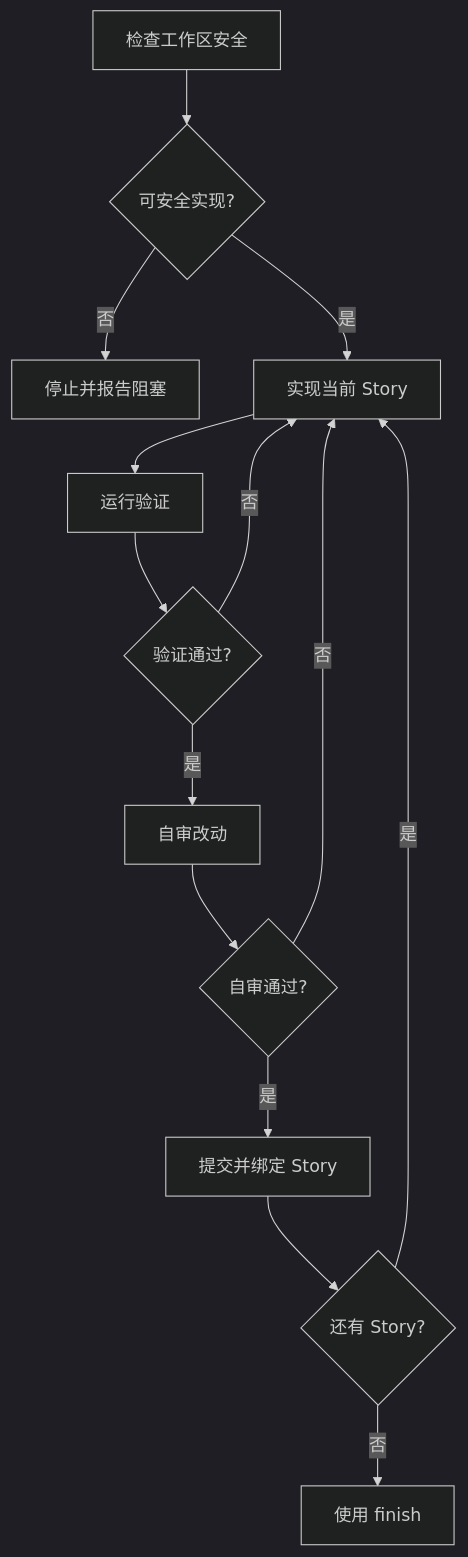
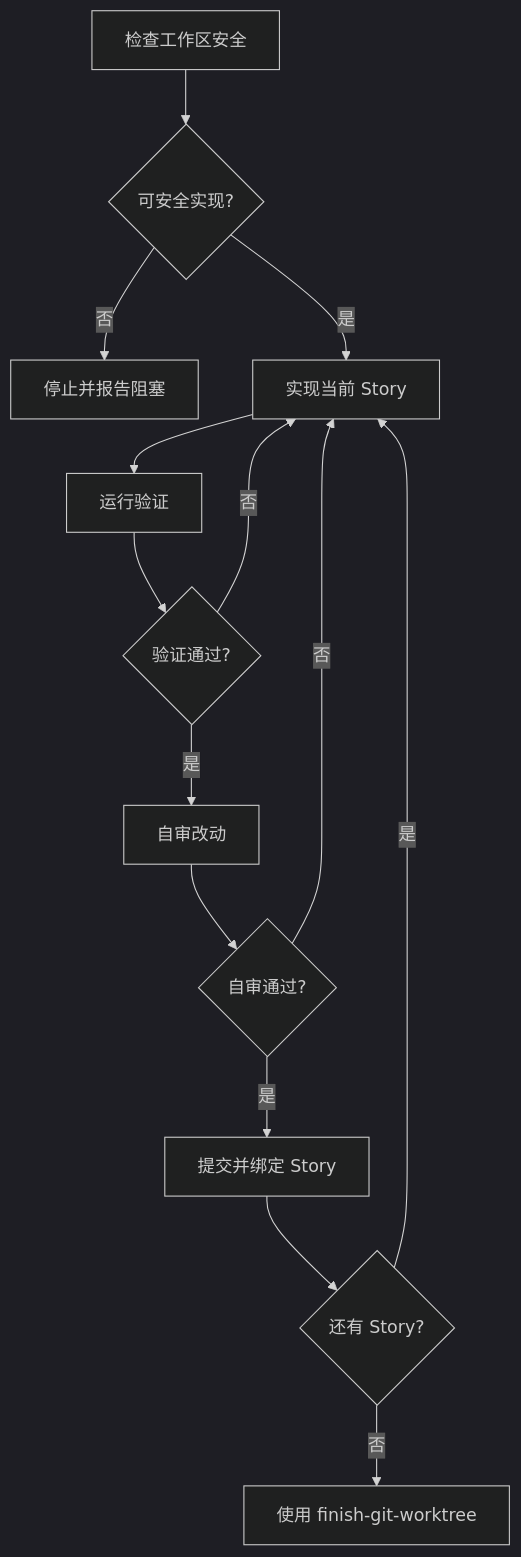
The diagram in skills/direct-impl/SKILL.md (BaiduComate/mission-flow), drawn with Mermaid (dark theme) before and after one commit. The commit also changed other lines of this file and 4 other files, not shown here.

Commit message:
ref: rename to finish-git-worktree

````diff
--- a/skills/direct-impl/SKILL.md
+++ b/skills/direct-impl/SKILL.md
@@ -89,16 +89,16 @@
 ```mermaid
 flowchart TD
     A[检查工作区安全] --> C{可安全实现?}
     C -->|否| X[停止并报告阻塞]
     C -->|是| D[实现当前 Story]
     D --> E[运行验证]
     E --> F{验证通过?}
     F -->|否| D
     F -->|是| G[自审改动]
     G --> H{自审通过?}
     H -->|否| D
     H -->|是| I[提交并绑定 Story]
     I --> J{还有 Story?}
     J -->|是| D
-    J -->|否| K[使用 finish]
+    J -->|否| K[使用 finish-git-worktree]
 ```
````
